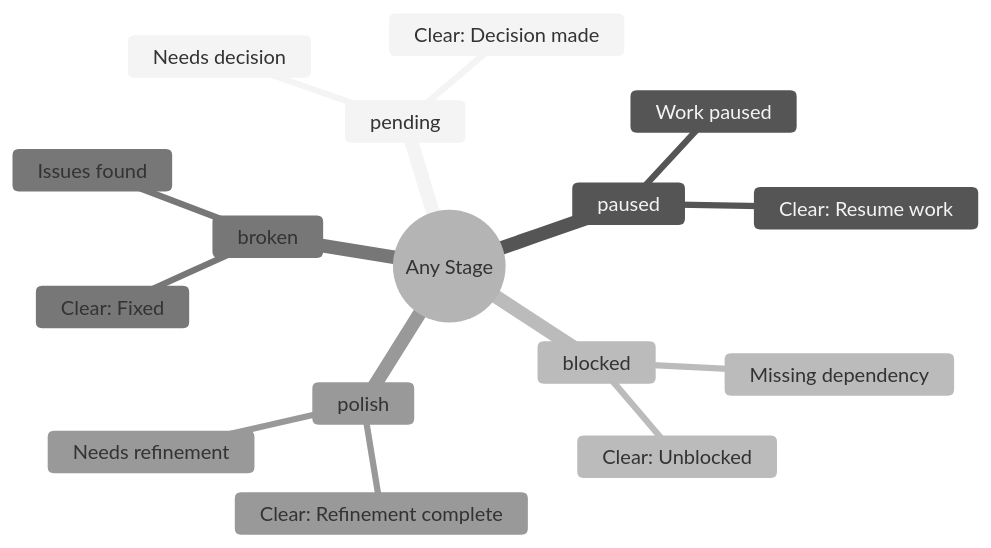
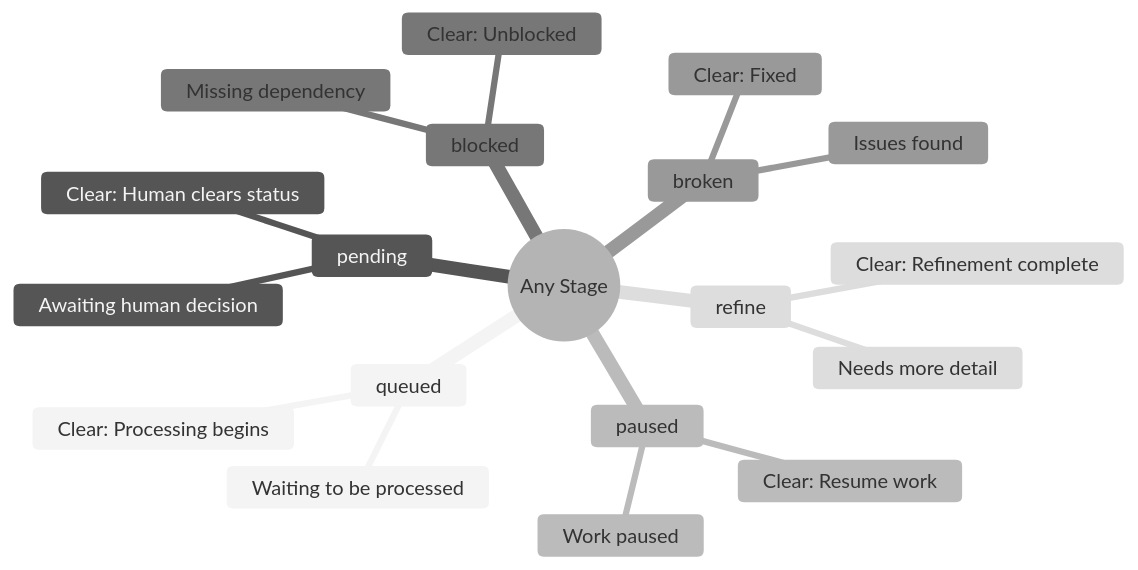
Before and after one commit to Mharbulous/SyncoPaid: the second of 11 diagrams in .claude/skills/story-tree/references/workflow-diagrams.md, drawn with Mermaid (neutral theme). The commit also changed 6 other files, not shown here.

````diff
--- a/.claude/skills/story-tree/references/workflow-diagrams.md
+++ b/.claude/skills/story-tree/references/workflow-diagrams.md
@@ -99,19 +99,22 @@
 ```mermaid
 mindmap
   root((Any Stage))
+    queued
+      Waiting to be processed
+      Clear: Processing begins
     pending
-      Needs decision
-      Clear: Decision made
+      Awaiting human decision
+      Clear: Human clears status
     paused
       Work paused
       Clear: Resume work
     blocked
       Missing dependency
       Clear: Unblocked
     broken
       Issues found
       Clear: Fixed
-    polish
-      Needs refinement
+    refine
+      Needs more detail
       Clear: Refinement complete
 ```
````
